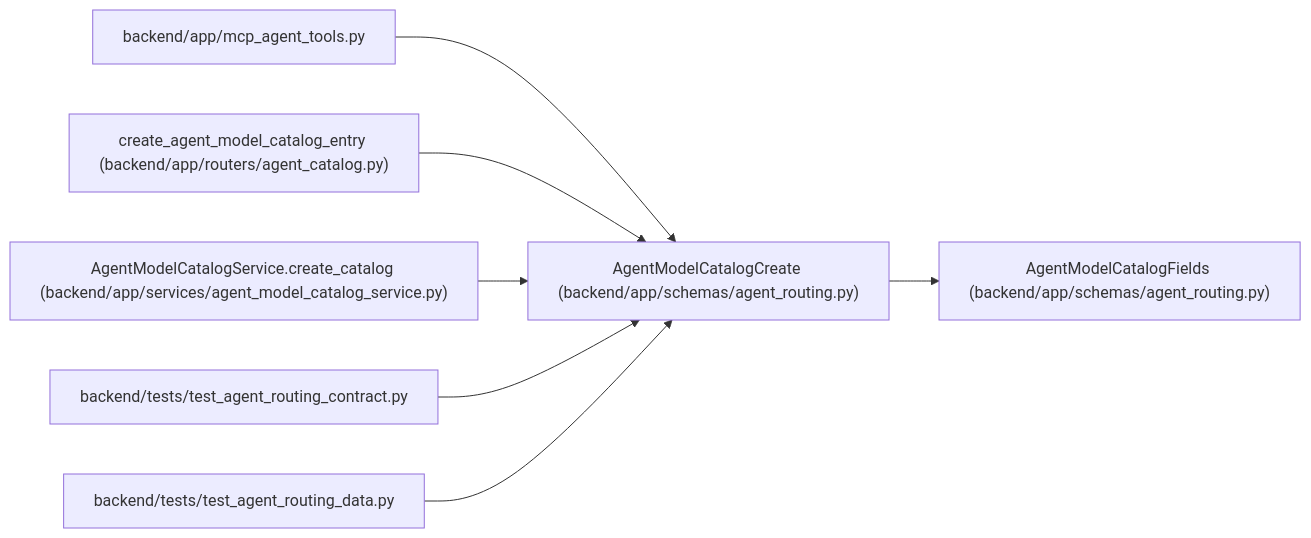
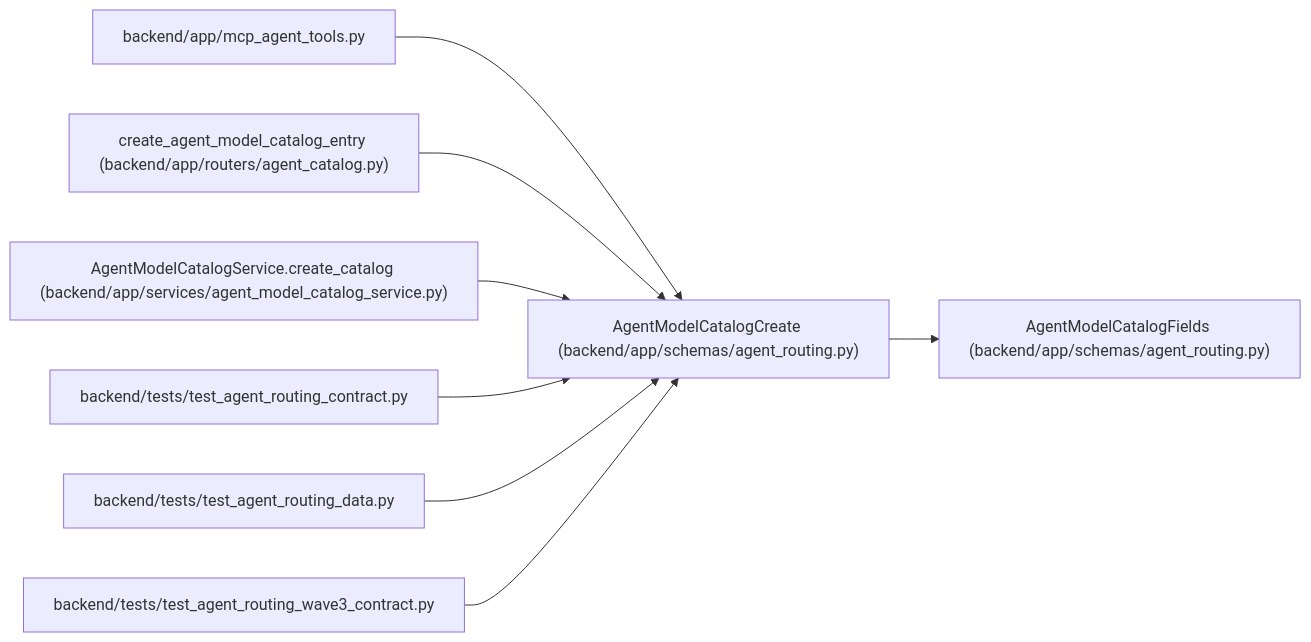
One commit to Denissvgn/WorkChord changed the diagram in docs/llm_wiki/entities/agent_routing_AgentModelCatalogCreate.md. Above: the diagram before and after it, drawn with Mermaid. The commit also changed other lines of this file and 772 other files, not shown here.

Commit message:
Sync the architectural wiki for catalog effort metadata

````diff
--- a/docs/llm_wiki/entities/agent_routing_AgentModelCatalogCreate.md
+++ b/docs/llm_wiki/entities/agent_routing_AgentModelCatalogCreate.md
@@ -25,23 +25,26 @@
 ```mermaid
 flowchart LR
     n0["AgentModelCatalogCreate (backend/app/schemas/agent_routing.py)"]
     n1["AgentModelCatalogFields (backend/app/schemas/agent_routing.py)"]
     n2["backend/app/mcp_agent_tools.py"]
     n3["create_agent_model_catalog_entry (backend/app/routers/agent_catalog.py)"]
     n4["AgentModelCatalogService.create_catalog (backend/app/services/agent_model_catalog_service.py)"]
     n5["backend/tests/test_agent_routing_contract.py"]
     n6["backend/tests/test_agent_routing_data.py"]
+    n7["backend/tests/test_agent_routing_wave3_contract.py"]
     n0 --> n1
     n2 --> n0
     n3 --> n0
     n4 --> n0
     n5 --> n0
     n6 --> n0
+    n7 --> n0
     click n0 "../modules/agent_routing.md"
     click n1 "../modules/agent_routing.md"
     click n2 "../modules/mcp_agent_tools.md"
     click n3 "../modules/agent_catalog.md"
     click n4 "../modules/agent_model_catalog_service.md"
     click n5 "../modules/test_agent_routing_contract.md"
     click n6 "../modules/test_agent_routing_data.md"
+    click n7 "../modules/test_agent_routing_wave3_contract.md"
 ```
````
